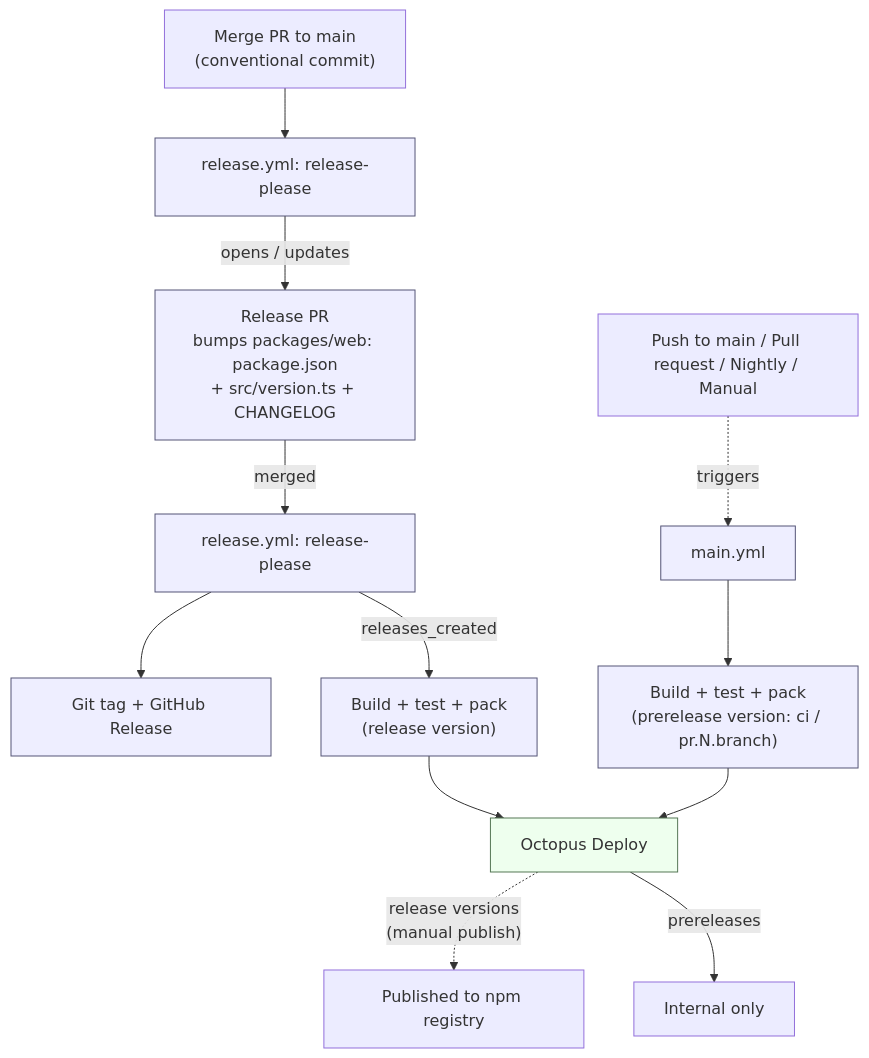
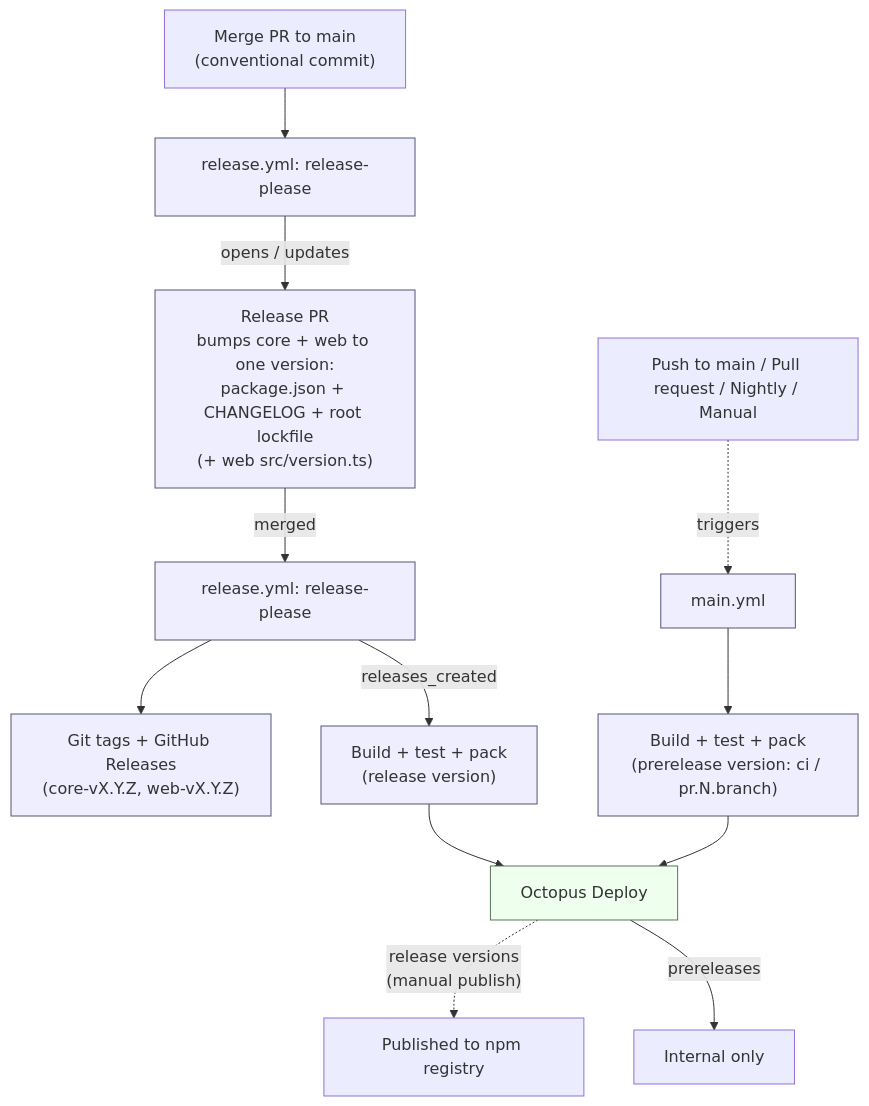
One commit to OctopusDeploy/openfeature-provider-ts-web changed the diagram in RELEASING.md. Above: the diagram before and after it, drawn with Mermaid. The commit also changed other lines of this file and 3 other files, not shown here.

Commit message:
chore: configure Release Please for linked core and web versions (#189)

````diff
--- a/RELEASING.md
+++ b/RELEASING.md
@@ -7,24 +7,24 @@
 ```mermaid
 flowchart TD
     PR["Merge PR to main<br/>(conventional commit)"]
     TRIG["Push to main / Pull request / Nightly / Manual"]
 
     PR --> RP["release.yml: release-please"]
     TRIG -. "triggers" .-> CI["main.yml"]
 
-    RP -->|"opens / updates"| RPR["Release PR<br/>bumps packages/web: package.json<br/>+ src/version.ts + CHANGELOG"]
+    RP -->|"opens / updates"| RPR["Release PR<br/>bumps core + web to one version:<br/>package.json + CHANGELOG + root lockfile<br/>(+ web src/version.ts)"]
     RPR -->|"merged"| RP2["release.yml: release-please"]
-    RP2 --> TAG["Git tag + GitHub Release"]
+    RP2 --> TAG["Git tags + GitHub Releases<br/>(core-vX.Y.Z, web-vX.Y.Z)"]
     RP2 -->|"releases_created"| ACTR["Build + test + pack<br/>(release version)"]
     CI --> ACTP["Build + test + pack<br/>(prerelease version: ci / pr.N.branch)"]
 
     ACTR --> OCT["Octopus Deploy"]
     ACTP --> OCT
     OCT -. "release versions<br/>(manual publish)" .-> PUB["Published to npm registry"]
     OCT -->|"prereleases"| PRE["Internal only"]
 
     classDef gh fill:#eef,stroke:#557;
     classDef oct fill:#efe,stroke:#575;
     class RP,RPR,RP2,TAG,CI,ACTR,ACTP gh;
     class OCT oct;
 ```
````
